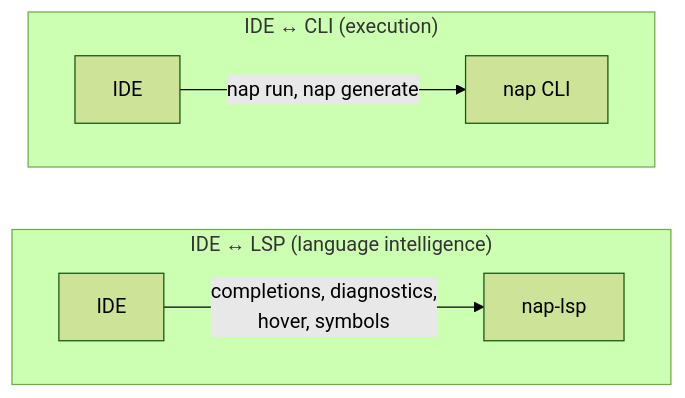
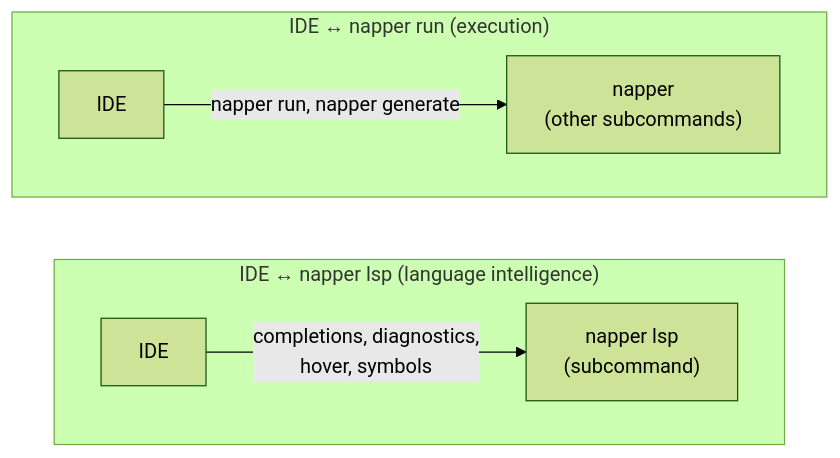
One commit to MelbourneDeveloper/napper changed the second of 2 diagrams in docs/specs/IDE-EXTENSION-SPEC.md. Above: the diagram before and after it, drawn with Mermaid (forest theme). The commit also changed other lines of this file and 6 other files, not shown here.

````diff
--- a/docs/specs/IDE-EXTENSION-SPEC.md
+++ b/docs/specs/IDE-EXTENSION-SPEC.md
@@ -61,12 +56,12 @@
 ```mermaid
 graph LR
-    subgraph "IDE ↔ LSP (language intelligence)"
+    subgraph "IDE ↔ napper lsp (language intelligence)"
         direction LR
-        IDE1[IDE] -->|completions, diagnostics,<br/>hover, symbols| LSP1[nap-lsp]
+        IDE1[IDE] -->|completions, diagnostics,<br/>hover, symbols| LSP1["napper lsp<br/>(subcommand)"]
     end
 
-    subgraph "IDE ↔ CLI (execution)"
+    subgraph "IDE ↔ napper run (execution)"
         direction LR
-        IDE2[IDE] -->|nap run, nap generate| CLI1[nap CLI]
+        IDE2[IDE] -->|napper run, napper generate| CLI1["napper<br/>(other subcommands)"]
     end
 ```
````
